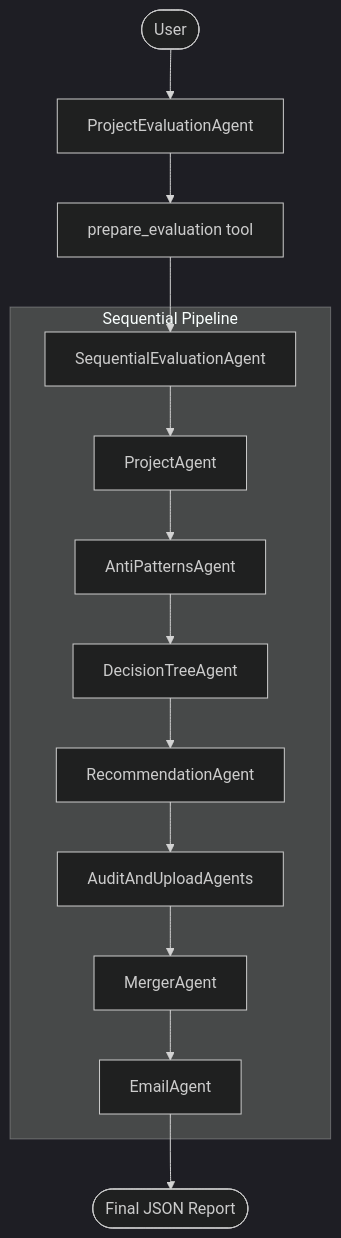
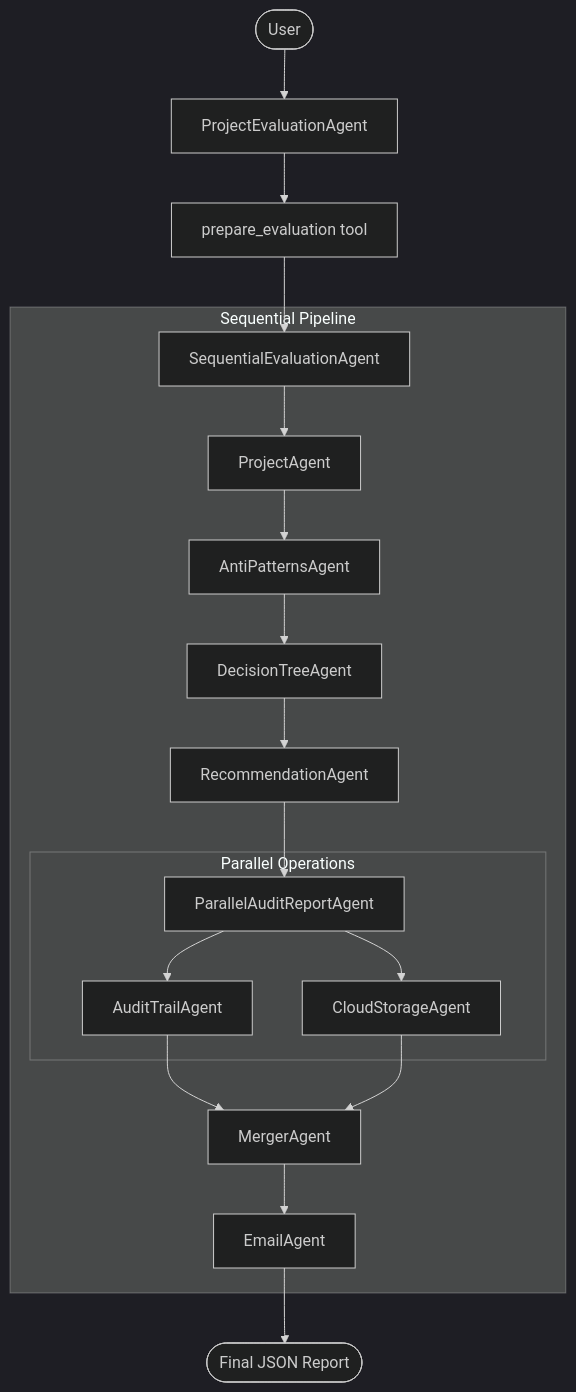
One commit to railsstudent/decision-tree-agent changed the diagram in README.md. Above: the diagram before and after it, drawn with Mermaid (dark theme). The commit also changed other lines of this file, not shown here.

````diff
--- a/README.md
+++ b/README.md
@@ -96,18 +106,25 @@
 ```mermaid
 graph TD
     User([User]) --> PEA[ProjectEvaluationAgent]
     PEA --> Reset[prepare_evaluation tool]
     Reset --> SEA[SequentialEvaluationAgent]
 
     subgraph Pipeline [Sequential Pipeline]
         SEA --> PA[ProjectAgent]
         PA --> APA[AntiPatternsAgent]
         APA --> DTA[DecisionTreeAgent]
         DTA --> RA[RecommendationAgent]
-        RA --> AUA[AuditAndUploadAgents]
-        AUA --> MA[MergerAgent]
+        RA --> PARA[ParallelAuditReportAgent]
+
+        subgraph Parallel Operations
+            PARA --> ATA[AuditTrailAgent]
+            PARA --> CSA[CloudStorageAgent]
+        end
+
+        ATA --> MA[MergerAgent]
+        CSA --> MA
         MA --> EA[EmailAgent]
     end
 
     EA --> Final([Final JSON Report])
 ```
````
